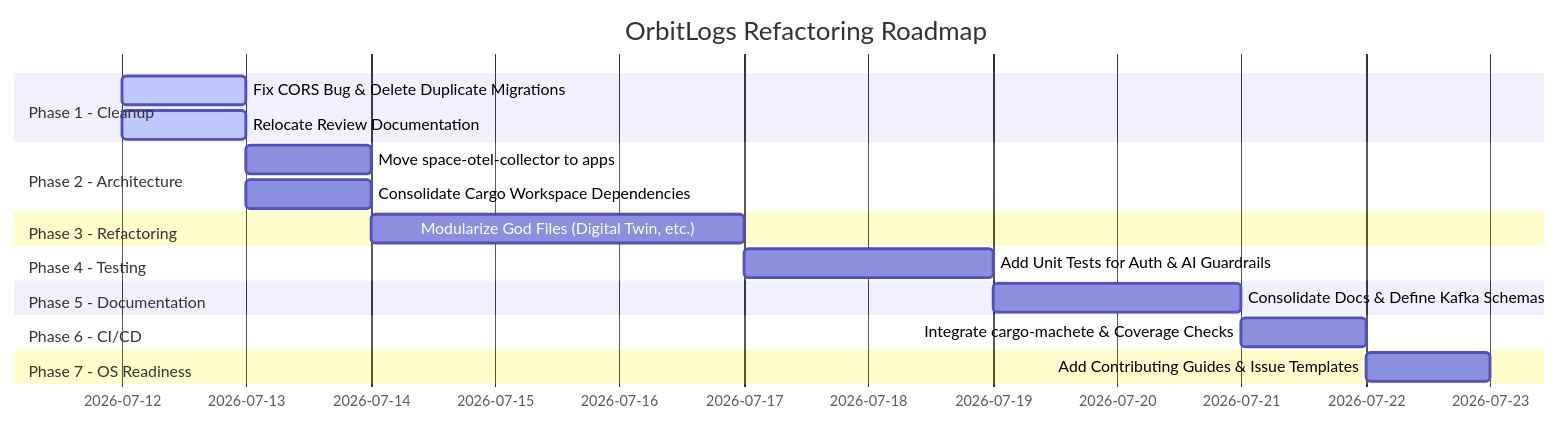
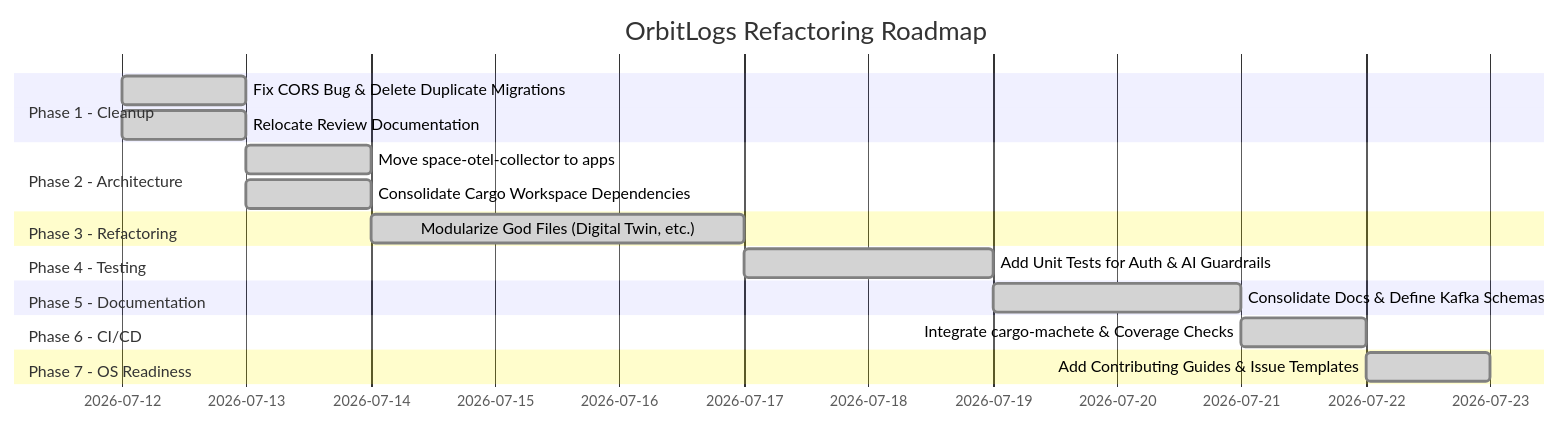
One commit to sarkarbikram90/OrbitLogs changed the second of 2 diagrams in Orbitlogs-engineering-review.md. Above: the diagram before and after it, drawn with Mermaid. The commit also changed other lines of this file and 18 other files, not shown here.

````diff
--- a/Orbitlogs-engineering-review.md
+++ b/Orbitlogs-engineering-review.md
@@ -206,21 +217,21 @@
 ```mermaid
 gantt
     title OrbitLogs Refactoring Roadmap
     dateFormat  YYYY-MM-DD
     section Phase 1 - Cleanup
-    Fix CORS Bug & Delete Duplicate Migrations :active, 2026-07-12, 1d
-    Relocate Review Documentation             :active, 2026-07-12, 1d
+    Fix CORS Bug & Delete Duplicate Migrations :done, 2026-07-12, 1d
+    Relocate Review Documentation             :done, 2026-07-12, 1d
     section Phase 2 - Architecture
-    Move space-otel-collector to apps         : 2026-07-13, 1d
-    Consolidate Cargo Workspace Dependencies   : 2026-07-13, 1d
+    Move space-otel-collector to apps         :done, 2026-07-13, 1d
+    Consolidate Cargo Workspace Dependencies   :done, 2026-07-13, 1d
     section Phase 3 - Refactoring
-    Modularize God Files (Digital Twin, etc.) : 2026-07-14, 3d
+    Modularize God Files (Digital Twin, etc.) :done, 2026-07-14, 3d
     section Phase 4 - Testing
-    Add Unit Tests for Auth & AI Guardrails   : 2026-07-17, 2d
+    Add Unit Tests for Auth & AI Guardrails   :done, 2026-07-17, 2d
     section Phase 5 - Documentation
-    Consolidate Docs & Define Kafka Schemas   : 2026-07-19, 2d
+    Consolidate Docs & Define Kafka Schemas   :done, 2026-07-19, 2d
     section Phase 6 - CI/CD
-    Integrate cargo-machete & Coverage Checks  : 2026-07-21, 1d
+    Integrate cargo-machete & Coverage Checks  :done, 2026-07-21, 1d
     section Phase 7 - OS Readiness
-    Add Contributing Guides & Issue Templates  : 2026-07-22, 1d
+    Add Contributing Guides & Issue Templates  :done, 2026-07-22, 1d
 ```
````
